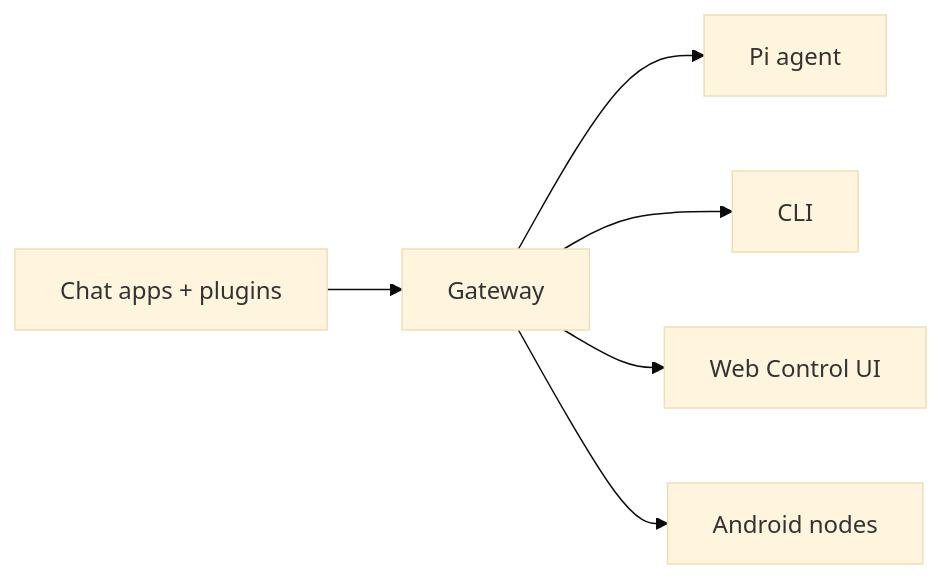
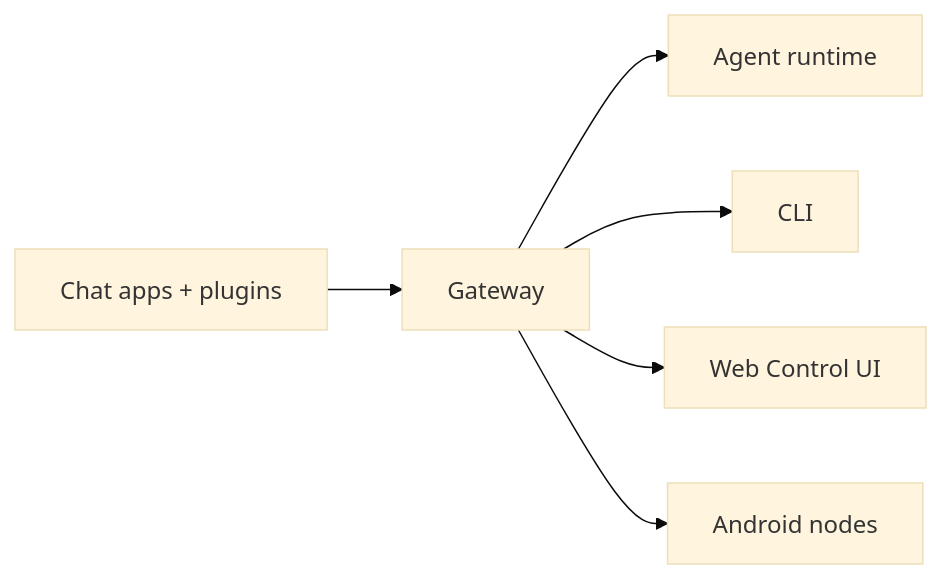
Before and after one commit to choiceoh/Deneb: the diagram in docs/index.md, drawn with Mermaid (base theme). The commit also changed other lines of this file and 26 other files, not shown here.

````diff
--- a/docs/index.md
+++ b/docs/index.md
@@ -61,8 +61,8 @@
 ```mermaid
 flowchart LR
   A["Chat apps + plugins"] --> B["Gateway"]
-  B --> C["Pi agent"]
+  B --> C["Agent runtime"]
   B --> D["CLI"]
   B --> E["Web Control UI"]
   B --> F["Android nodes"]
 ```
````
